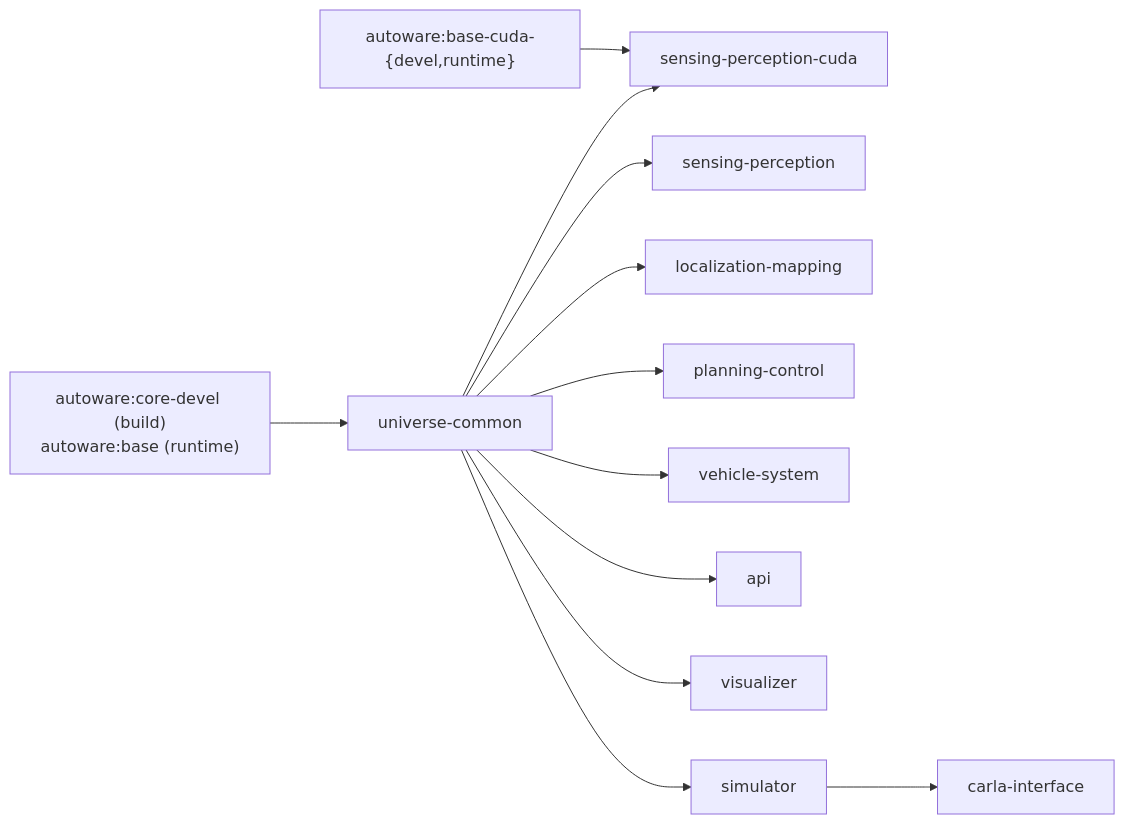
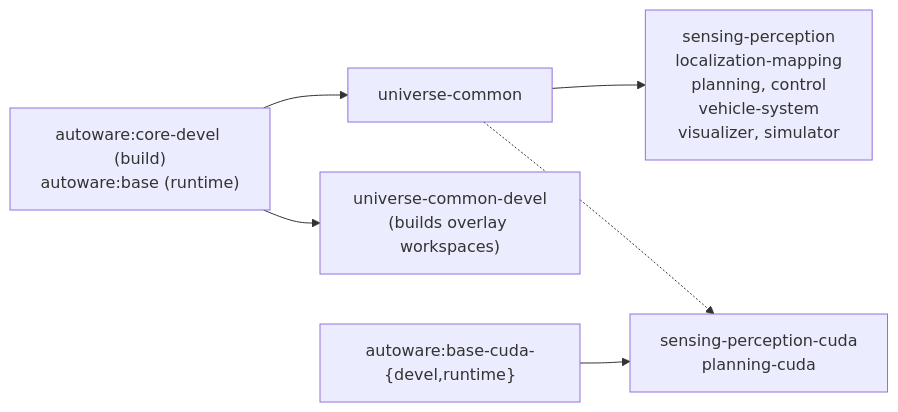
Before and after one commit to autowarefoundation/openadkit: the diagram in docs/includes/build-pipeline.md, drawn with Mermaid. The commit also changed 93 other files, not shown here.

````diff
--- a/docs/includes/build-pipeline.md
+++ b/docs/includes/build-pipeline.md
@@ -1,14 +1,8 @@
 ```mermaid
 flowchart LR
     CORE["autoware:core-devel (build)<br/>autoware:base (runtime)"] --> UC["universe-common"]
-    CUDA["autoware:base-cuda-{devel,runtime}"] --> SPC["sensing-perception-cuda"]
-    UC --> SP["sensing-perception"]
-    UC --> LM["localization-mapping"]
-    UC --> PC["planning-control"]
-    UC --> VS["vehicle-system"]
-    UC --> API["api"]
-    UC --> VIZ["visualizer"]
-    UC --> SIM["simulator"]
-    UC --> SPC
-    SIM --> CARLA["carla-interface"]
+    CORE --> UCD["universe-common-devel<br/>(builds overlay workspaces)"]
+    UC --> COMP["sensing-perception<br/>localization-mapping<br/>planning, control<br/>vehicle-system<br/>visualizer, simulator"]
+    CUDA["autoware:base-cuda-{devel,runtime}"] --> GPU["sensing-perception-cuda<br/>planning-cuda"]
+    UC -.-> GPU
 ```
````
